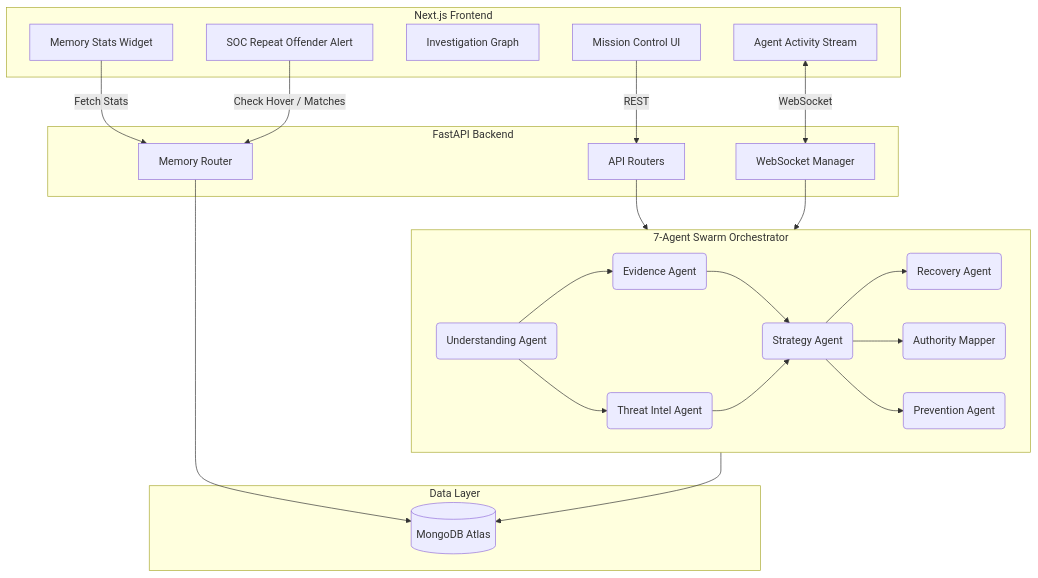
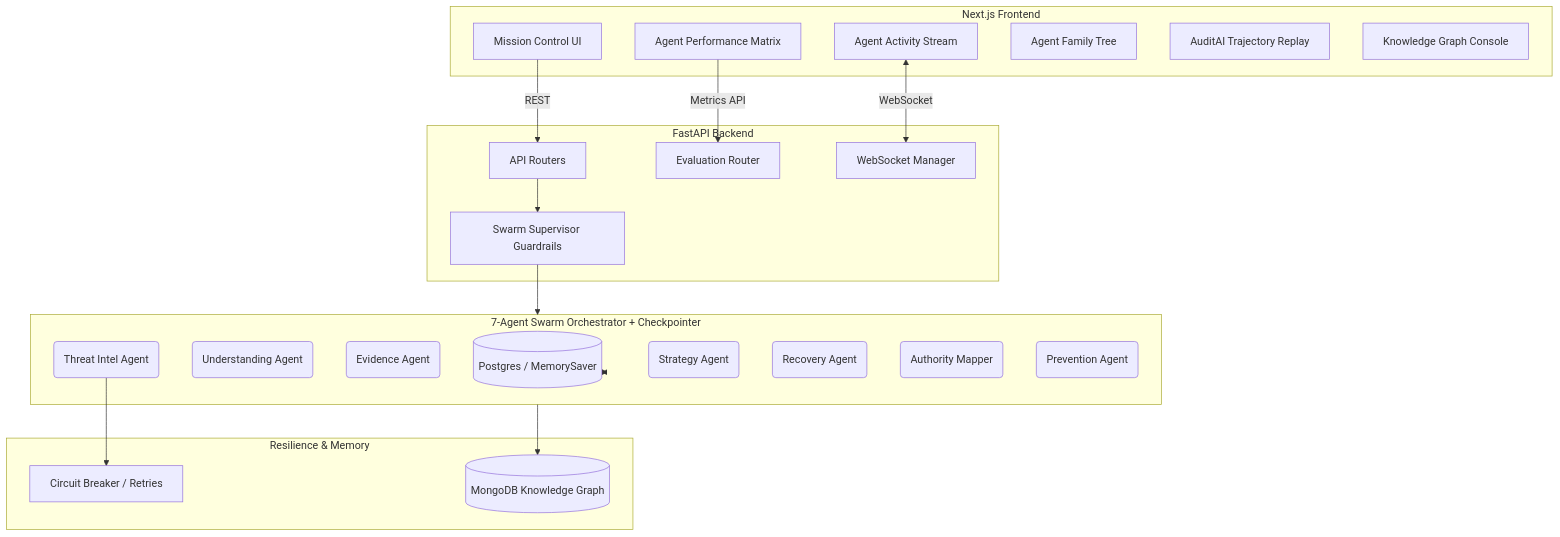
Before and after one commit to TechNxt05/CyberGuard: the diagram in README.md, drawn with Mermaid. The commit also changed other lines of this file and 1 other file, not shown here.

````diff
--- a/README.md
+++ b/README.md
@@ -91,48 +81,44 @@
 ```mermaid
 graph TD
     subgraph Client [Next.js Frontend]
         UI[Mission Control UI]
         Stream[Agent Activity Stream]
-        Graph[Investigation Graph]
-        Stats[Memory Stats Widget]
-        Alerts[SOC Repeat Offender Alert]
+        EvalPanel[Agent Performance Matrix]
+        TreeTrace[Agent Family Tree]
+        Replay[AuditAI Trajectory Replay]
+        Graph[Knowledge Graph Console]
     end
 
     subgraph API [FastAPI Backend]
         Router[API Routers]
-        MemRouter[Memory Router]
+        EvalRouter[Evaluation Router]
         WS[WebSocket Manager]
+        Supervisor[Swarm Supervisor Guardrails]
     end
 
-    subgraph LangGraph [7-Agent Swarm Orchestrator]
+    subgraph LangGraph [7-Agent Swarm Orchestrator + Checkpointer]
+        Checkpointer[(Postgres / MemorySaver)]
         Understand(Understanding Agent)
         Evidence(Evidence Agent)
         Intel(Threat Intel Agent)
         Strategy(Strategy Agent)
         Recovery(Recovery Agent)
         Auth(Authority Mapper)
         Prev(Prevention Agent)
     end
 
-    subgraph Data [Data Layer]
-        Mongo[(MongoDB Atlas)]
+    subgraph Resilience [Resilience & Memory]
+        CB[Circuit Breaker / Retries]
+        Mongo[(MongoDB Knowledge Graph)]
     end
 
     UI -->|REST| Router
-    Stats -->|Fetch Stats| MemRouter
-    Alerts -->|Check Hover / Matches| MemRouter
+    EvalPanel -->|Metrics API| EvalRouter
     Stream <-->|WebSocket| WS
-    Router --> LangGraph
-    WS --> LangGraph
+    Router --> Supervisor
+    Supervisor --> LangGraph
     
-    Understand --> Evidence
-    Understand --> Intel
-    Evidence --> Strategy
-    Intel --> Strategy
-    Strategy --> Recovery
-    Strategy --> Auth
-    Strategy --> Prev
-    
+    LangGraph <--> Checkpointer
+    Intel --> CB
     LangGraph --> Mongo
-    MemRouter --> Mongo
 ```
````
